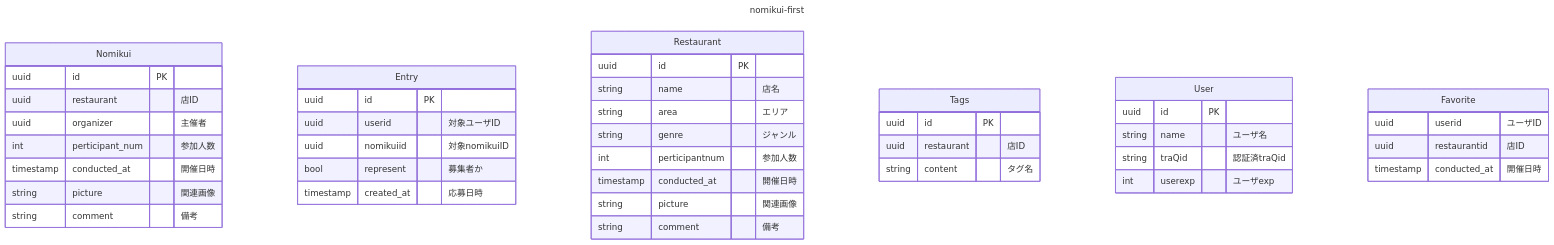
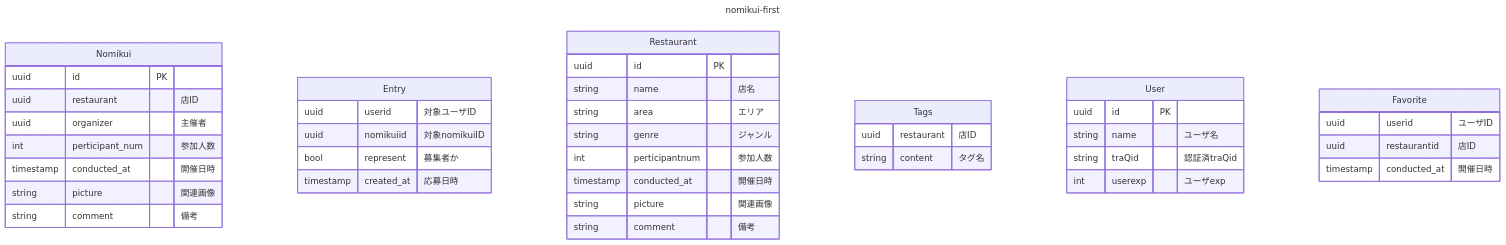
Before and after one commit to alter334/nomikui-match: the second of 3 diagrams in DB.md, drawn with Mermaid. The commit also changed other lines of this file, not shown here.

````diff
--- a/DB.md
+++ b/DB.md
@@ -79,55 +79,53 @@
 ```mermaid
 ---
 title: nomikui-first
 ---
 erDiagram
 
   Nomikui {
     uuid id PK
     uuid restaurant "店ID"
     uuid organizer "主催者"
     int perticipant_num "参加人数"
     timestamp conducted_at "開催日時"
     string picture "関連画像"
     string comment "備考"
   }
 
   Entry {
-    uuid id PK
     uuid userid "対象ユーザID"
     uuid nomikuiid "対象nomikuiID"
     bool represent "募集者か"
     timestamp created_at "応募日時"
   }
 
   Restaurant {
     uuid id PK
     string name "店名"
     string area "エリア"
     string genre "ジャンル"
     int perticipantnum "参加人数"
     timestamp conducted_at "開催日時"
     string picture "関連画像"
     string comment "備考"
   }
 
   Tags {
-    uuid id PK
     uuid restaurant "店ID"
     string content "タグ名"
   }
 
   User {
     uuid id PK
     string name "ユーザ名"
     string traQid "認証済traQid"
     int userexp "ユーザexp"
   }
 
   Favorite {
     uuid userid "ユーザID"
     uuid restaurantid "店ID"
     timestamp conducted_at "開催日時"
   }
 
 ```
````
